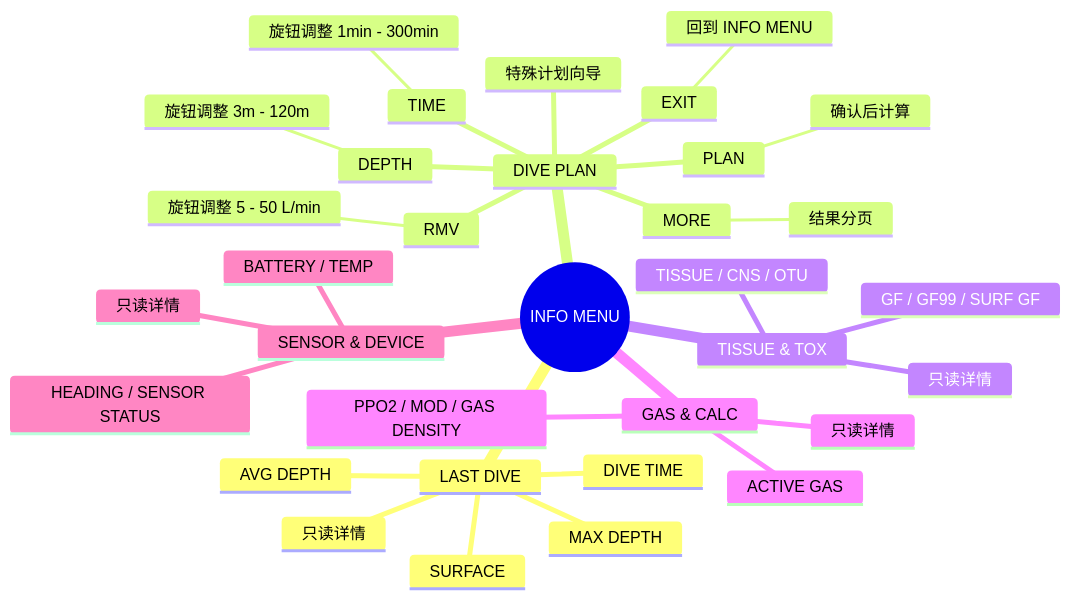
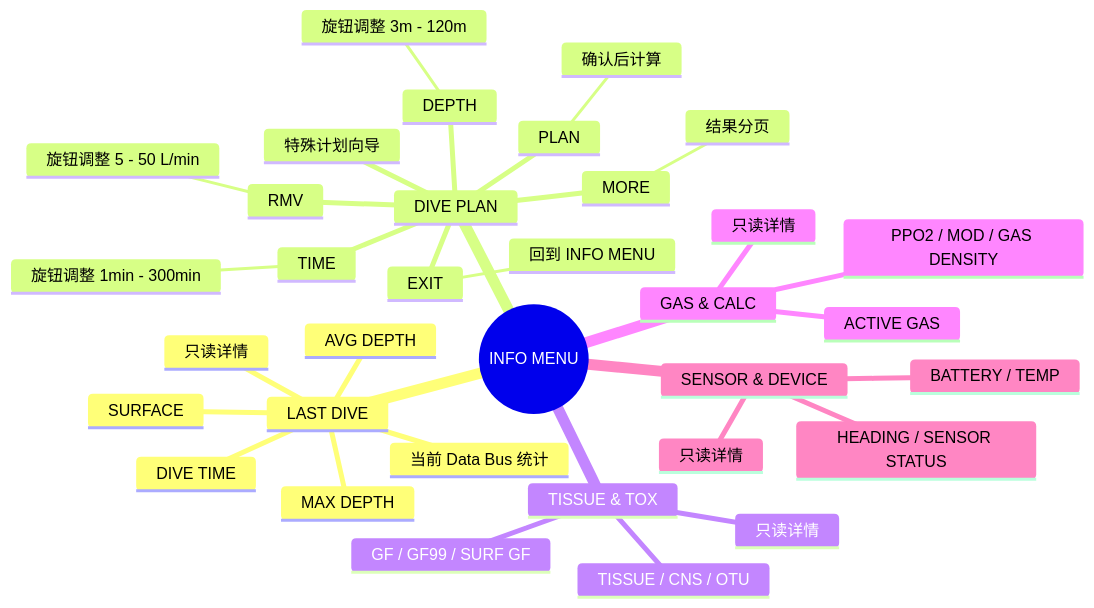
Before and after one commit to arexvision/lv_port_win_codeblocks-release-v8.3_hasGroup: the third of 7 diagrams in UI_html_DOC/UI_STATE_LOGIC.md, drawn with Mermaid. The commit also changed other lines of this file, not shown here.

````diff
--- a/UI_html_DOC/UI_STATE_LOGIC.md
+++ b/UI_html_DOC/UI_STATE_LOGIC.md
@@ -87,36 +91,37 @@
 ```mermaid
 mindmap
   root((INFO MENU))
     LAST DIVE
       只读详情
+      当前 Data Bus 统计
       MAX DEPTH
       AVG DEPTH
       DIVE TIME
       SURFACE
     DIVE PLAN
       特殊计划向导
       DEPTH
         旋钮调整 3m - 120m
       TIME
         旋钮调整 1min - 300min
       RMV
         旋钮调整 5 - 50 L/min
       PLAN
         确认后计算
       MORE
         结果分页
       EXIT
         回到 INFO MENU
     TISSUE & TOX
       只读详情
       GF / GF99 / SURF GF
       TISSUE / CNS / OTU
     GAS & CALC
       只读详情
       ACTIVE GAS
       PPO2 / MOD / GAS DENSITY
     SENSOR & DEVICE
       只读详情
       BATTERY / TEMP
       HEADING / SENSOR STATUS
 ```
````
